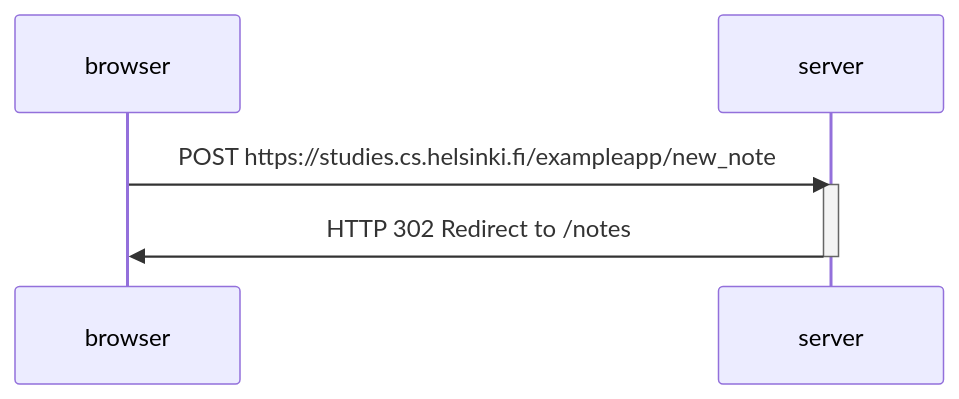
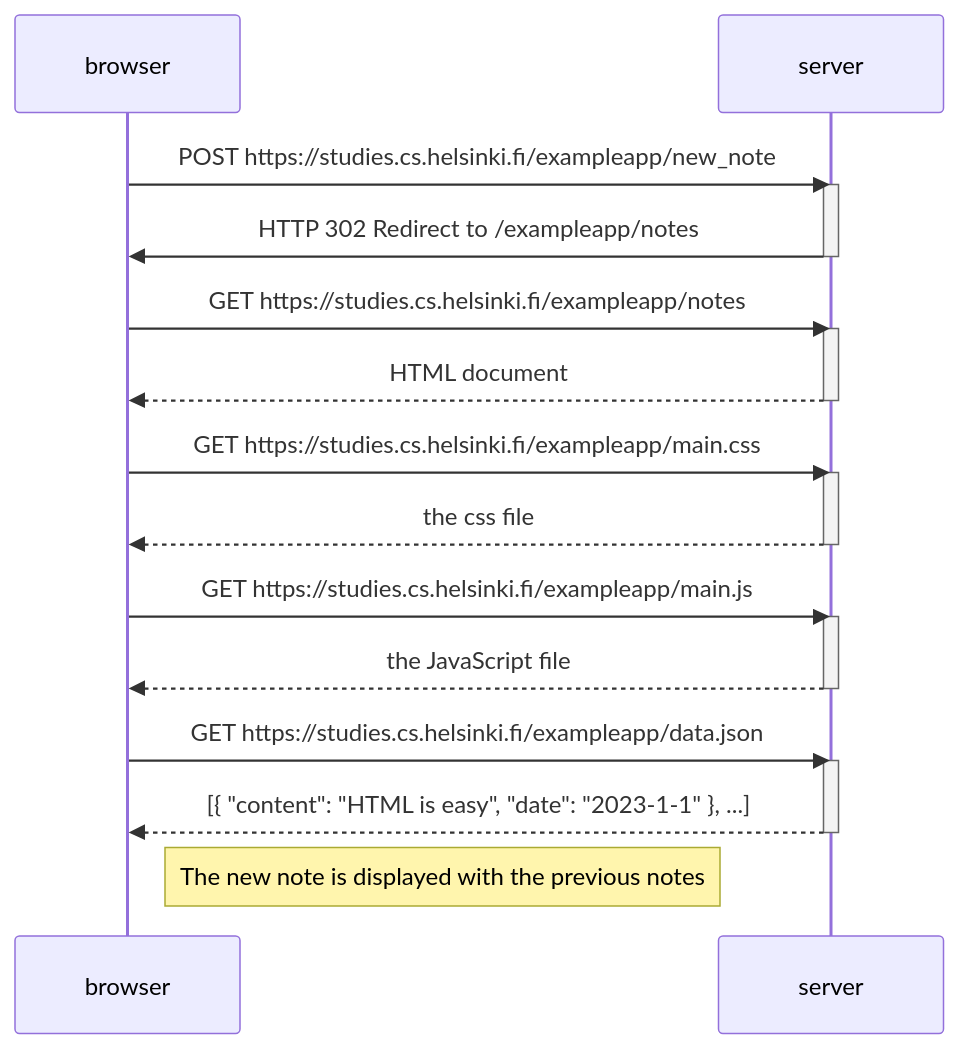
The diagram in part0/exercise4.md (JaradInniss/Full-Stack-Open-), drawn with Mermaid before and after one commit.

Commit message:
Exercise 4 Complete

````diff
--- a/part0/exercise4.md
+++ b/part0/exercise4.md
@@ -1,11 +1,33 @@
 ```mermaid
 sequenceDiagram
     participant browser
     participant server
 
     browser->>server: POST https://studies.cs.helsinki.fi/exampleapp/new_note
     activate server
-    server->>browser: HTTP 302 Redirect to /notes
+    server->>browser: HTTP 302 Redirect to /exampleapp/notes
     deactivate server
 
+    browser->>server: GET https://studies.cs.helsinki.fi/exampleapp/notes
+    activate server
+    server-->>browser: HTML document
+    deactivate server
+
+    browser->>server: GET https://studies.cs.helsinki.fi/exampleapp/main.css
+    activate server
+    server-->>browser: the css file
+    deactivate server
+
+    browser->>server: GET https://studies.cs.helsinki.fi/exampleapp/main.js
+    activate server
+    server-->>browser: the JavaScript file
+    deactivate server
+
+    browser->>server: GET https://studies.cs.helsinki.fi/exampleapp/data.json
+    activate server
+    server-->>browser: [{ "content": "HTML is easy", "date": "2023-1-1" }, ...]
+    deactivate server
+
+    Note right of browser: The new note is displayed with the previous notes
+
 ```
````
